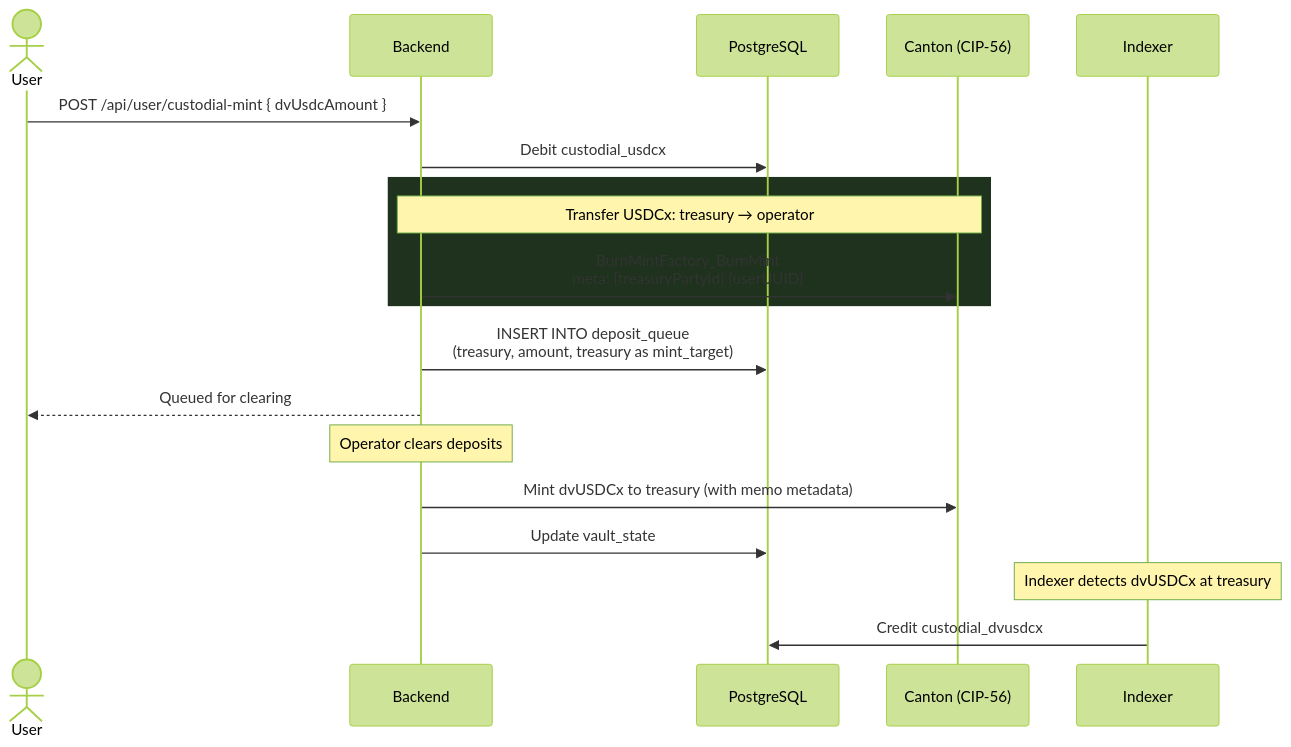
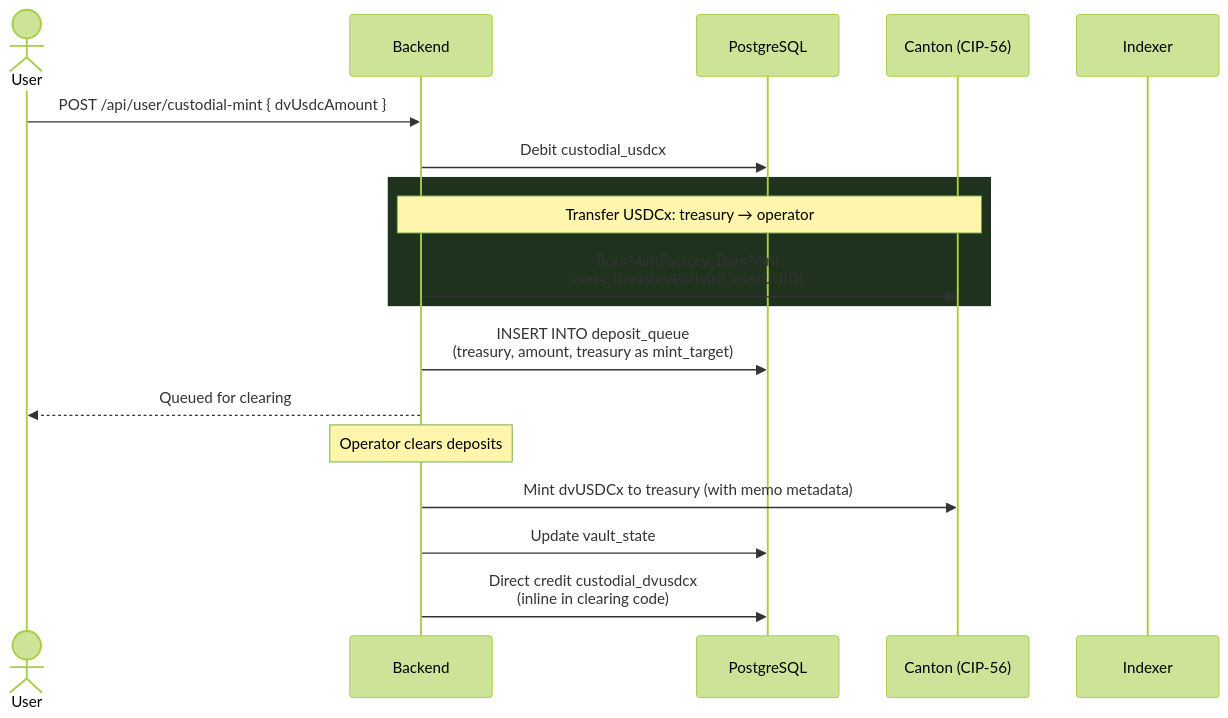
One commit to dittonetwork/ditto-ccvault changed the seventh of 13 diagrams in ARCHITECTURE.md. Above: the diagram before and after it, drawn with Mermaid (forest theme). The commit also changed other lines of this file and 1 other file, not shown here.

First line of the commit message:
docs: update custodial deposit flows, clearing credits, and UI description

````diff
--- a/ARCHITECTURE.md
+++ b/ARCHITECTURE.md
@@ -512,26 +522,24 @@
 ```mermaid
 sequenceDiagram
     actor User
     participant BE as Backend
     participant DB as PostgreSQL
     participant CN as Canton (CIP-56)
     participant IDX as Indexer
 
     User->>BE: POST /api/user/custodial-mint { dvUsdcAmount }
     BE->>DB: Debit custodial_usdcx
 
     rect rgb(30, 50, 30)
         Note over BE,CN: Transfer USDCx: treasury → operator
         BE->>CN: BurnMintFactory_BurnMint<br/>meta: {treasuryPartyId} {userUUID}
     end
 
     BE->>DB: INSERT INTO deposit_queue<br/>(treasury, amount, treasury as mint_target)
     BE-->>User: Queued for clearing
 
     Note over BE: Operator clears deposits
     BE->>CN: Mint dvUSDCx to treasury (with memo metadata)
     BE->>DB: Update vault_state
-
-    Note over IDX: Indexer detects dvUSDCx at treasury
-    IDX->>DB: Credit custodial_dvusdcx
+    BE->>DB: Direct credit custodial_dvusdcx<br/>(inline in clearing code)
 ```
````
